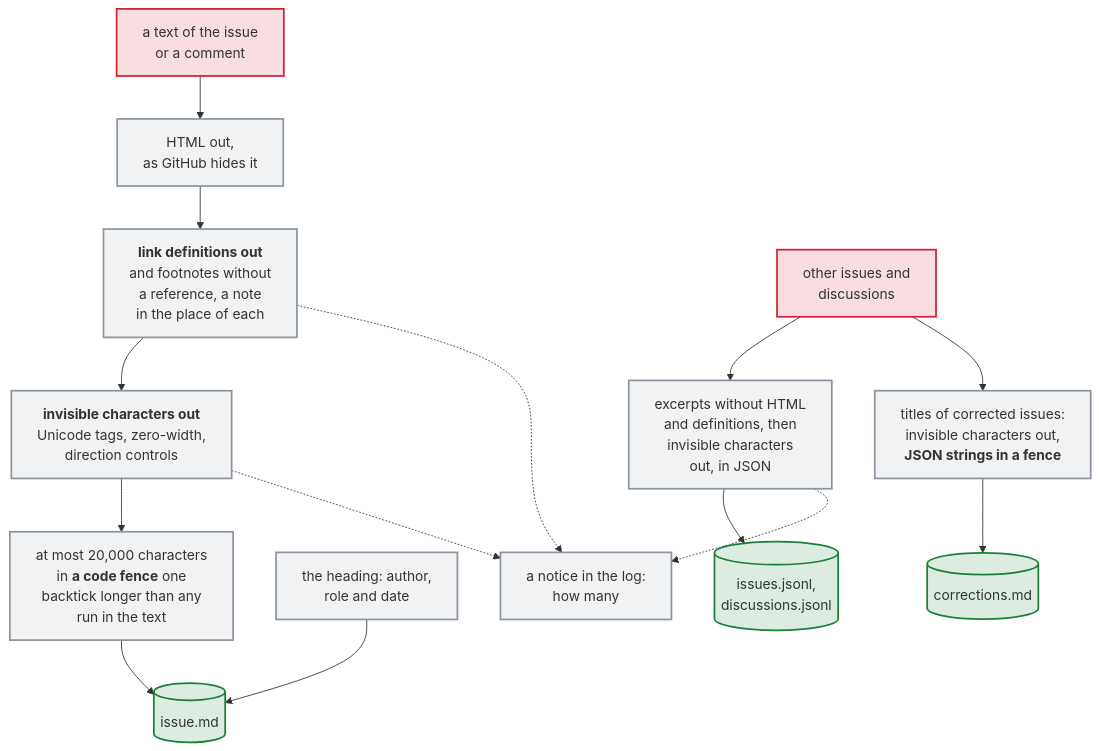
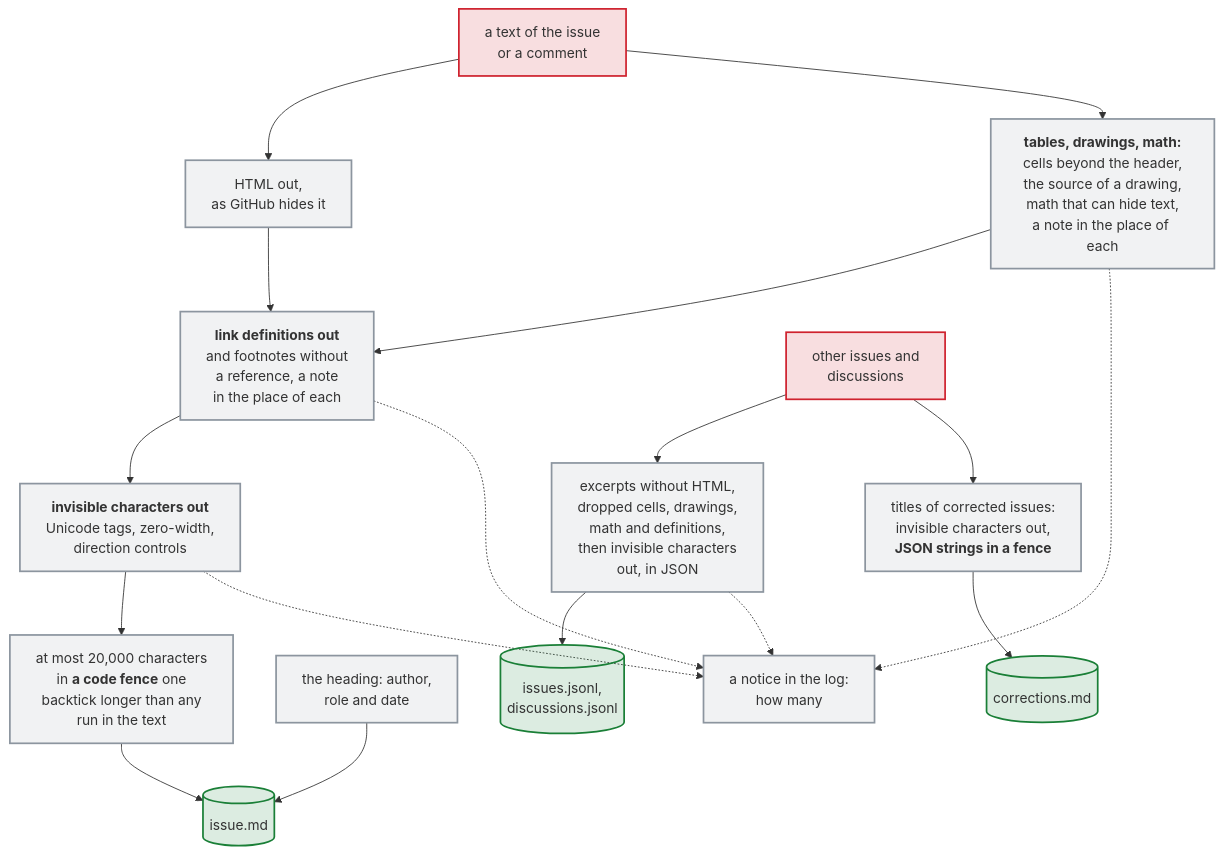
The diagram in docs/diagrams/how-the-text-of-an-issue-and-its-comments-reaches-the-ai.mmd (Dennis-Otto/issue-assistant), drawn with Mermaid before and after one commit. The commit also changed 31 other files, not shown here.

First line of the commit message:
fix(context): read tables, drawings and math as GitHub shows them (#499)

```diff
--- a/docs/diagrams/how-the-text-of-an-issue-and-its-comments-reaches-the-ai.mmd
+++ b/docs/diagrams/how-the-text-of-an-issue-and-its-comments-reaches-the-ai.mmd
@@ -1,22 +1,25 @@
 flowchart TB
   accTitle: How the text of an issue and its comments reaches the AI
-  accDescr: Each text of the issue and its comments loses its HTML, as GitHub hides it, then its link reference definitions and footnotes without a reference, which GitHub shows as nothing as well, each with a note in its place, then the characters that GitHub shows as nothing, and is cut off after 20,000 characters. In this order, no invisible character can end an HTML comment that GitHub never ends. It goes into a code fence with one backtick more than its longest run of backticks, so that no line of the text can end it. The heading above the fence, which only the script writes, names the author, the role and the date. The other issues and discussions become excerpts without HTML and definitions, lose their invisible characters too and go into JSON. The titles of the issues that a maintainer corrected lose their invisible characters as well and reach corrections.md as JSON strings in a code fence that no title can close. A notice in the log counts the definitions and the characters that were removed.
+  accDescr: Each text of the issue and its comments loses its HTML, as GitHub hides it, and what GitHub doesn't show of its tables, drawings and math, read from the same text: the cells beyond the header of a table, the source of a diagram, a map or a 3D model and math that can hide text, each with a note in its place. Then it loses its link reference definitions and footnotes without a reference, which GitHub shows as nothing as well, each with a note in its place, then the characters that GitHub shows as nothing, and is cut off after 20,000 characters. In this order, no invisible character can end an HTML comment that GitHub never ends. It goes into a code fence with one backtick more than its longest run of backticks, so that no line of the text can end it. The heading above the fence, which only the script writes, names the author, the role and the date. The other issues and discussions become excerpts without HTML, table cells, drawings, math and definitions alike, lose their invisible characters too and go into JSON. The titles of the issues that a maintainer corrected lose their invisible characters as well and reach corrections.md as JSON strings in a code fence that no title can close. A notice in the log counts the definitions, the parts of tables, drawings and math, and the characters that were removed.
   text["a text of the issue<br>or a comment"] --> html["HTML out,<br>as GitHub hides it"]
+  text --> structures["`**tables, drawings, math:**<br>cells beyond the header,<br>the source of a drawing,<br>math that can hide text,<br>a note in the place of each`"]
+  structures --> definitions
   html --> definitions["`**link definitions out**<br>and footnotes without<br>a reference, a note<br>in the place of each`"]
   definitions --> invisible["`**invisible characters out**<br>Unicode tags, zero-width,<br>direction controls`"]
   invisible --> fence["`at most 20,000 characters<br>in **a code fence** one<br>backtick longer than any<br>run in the text`"]
   heading["the heading: author,<br>role and date"] --> issue[("issue.md")]
   fence --> issue
-  others["other issues and<br>discussions"] --> excerpts["excerpts without HTML<br>and definitions, then<br>invisible characters<br>out, in JSON"]
+  others["other issues and<br>discussions"] --> excerpts["excerpts without HTML,<br>dropped cells, drawings,<br>math and definitions,<br>then invisible characters<br>out, in JSON"]
   excerpts --> jsonl[("issues.jsonl,<br>discussions.jsonl")]
   others --> titles["`titles of corrected issues:<br>invisible characters out,<br>**JSON strings in a fence**`"]
   titles --> corrections[("corrections.md")]
+  structures -.-> notice
   definitions -.-> notice["a notice in the log:<br>how many"]
   invisible -.-> notice
   excerpts -.-> notice
   classDef untrusted fill:#cf222e26,stroke:#cf222e,stroke-width:2px
   classDef job fill:#8c959f1f,stroke:#8c959f,stroke-width:2px
   classDef safe fill:#1a7f3726,stroke:#1a7f37,stroke-width:2px
   class text,others untrusted
-  class invisible,html,definitions,fence,heading,excerpts,titles,notice job
+  class invisible,html,structures,definitions,fence,heading,excerpts,titles,notice job
   class issue,jsonl,corrections safe
```
